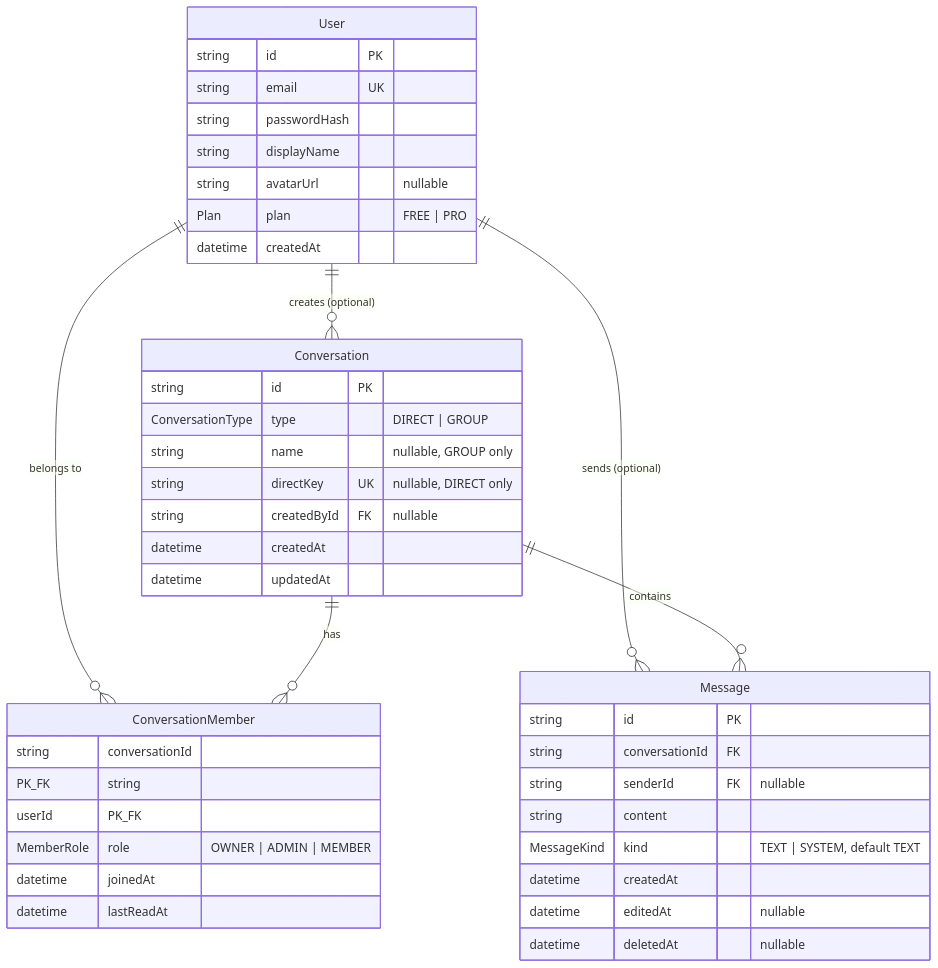
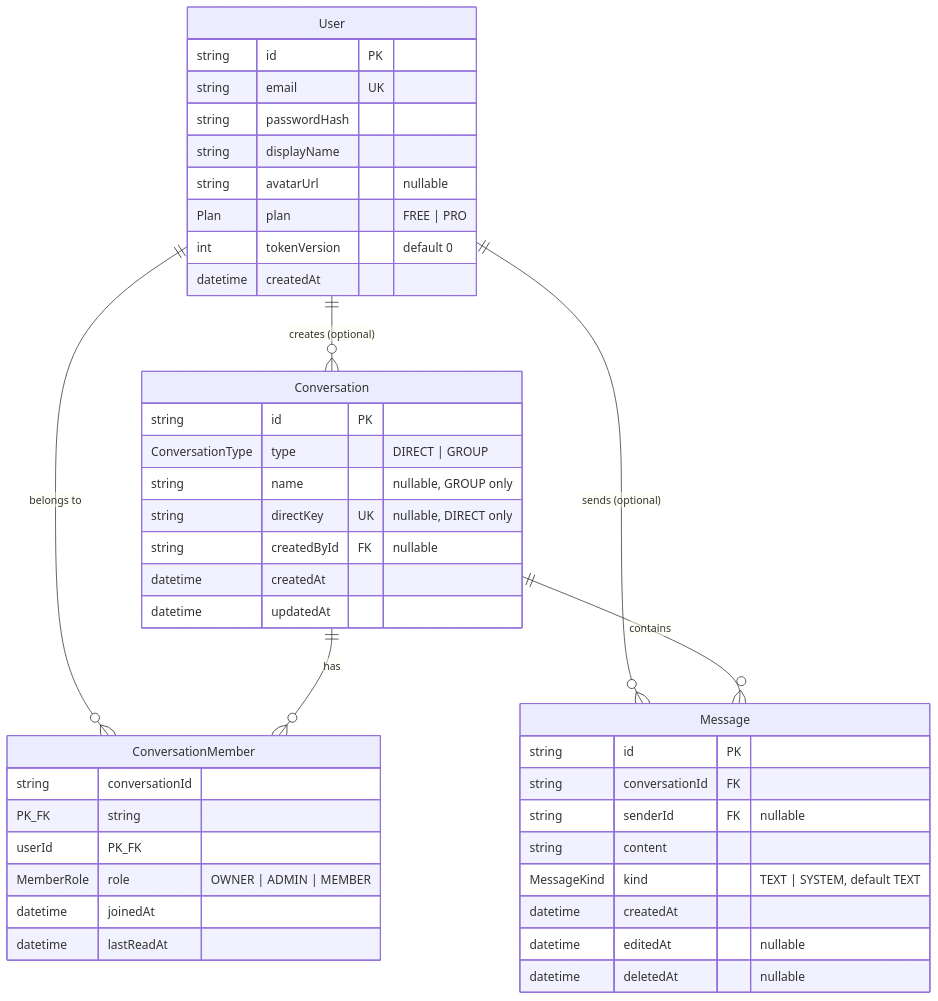
One commit to buhovac/chat-mess changed the diagram in docs/data-model.md. Above: the diagram before and after it, drawn with Mermaid. The commit also changed other lines of this file and 1 other file, not shown here.

First line of the commit message:
docs: colonne tokenVersion et constat clearCookie dans le journal

````diff
--- a/docs/data-model.md
+++ b/docs/data-model.md
@@ -9,47 +10,48 @@
 ```mermaid
 erDiagram
     User ||--o{ Conversation : "creates (optional)"
     User ||--o{ ConversationMember : "belongs to"
     User ||--o{ Message : "sends (optional)"
     Conversation ||--o{ ConversationMember : "has"
     Conversation ||--o{ Message : "contains"
 
     User {
         string id PK
         string email UK
         string passwordHash
         string displayName
         string avatarUrl "nullable"
         Plan plan "FREE | PRO"
+        int tokenVersion "default 0"
         datetime createdAt
     }
 
     Conversation {
         string id PK
         ConversationType type "DIRECT | GROUP"
         string name "nullable, GROUP only"
         string directKey UK "nullable, DIRECT only"
         string createdById FK "nullable"
         datetime createdAt
         datetime updatedAt
     }
 
     ConversationMember {
         string conversationId PK_FK
         string userId PK_FK
         MemberRole role "OWNER | ADMIN | MEMBER"
         datetime joinedAt
         datetime lastReadAt
     }
 
     Message {
         string id PK
         string conversationId FK
         string senderId FK "nullable"
         string content
         MessageKind kind "TEXT | SYSTEM, default TEXT"
         datetime createdAt
         datetime editedAt "nullable"
         datetime deletedAt "nullable"
     }
 ```
````
